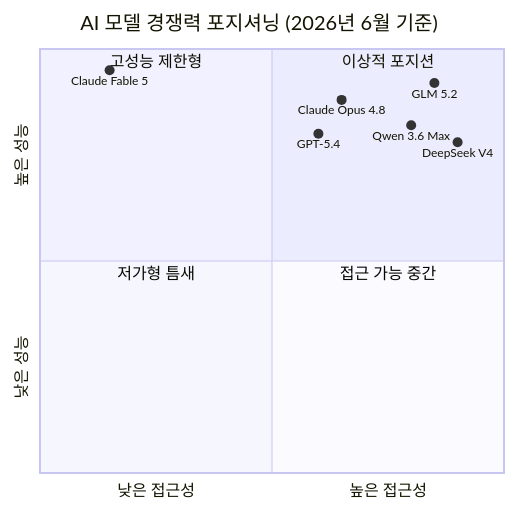
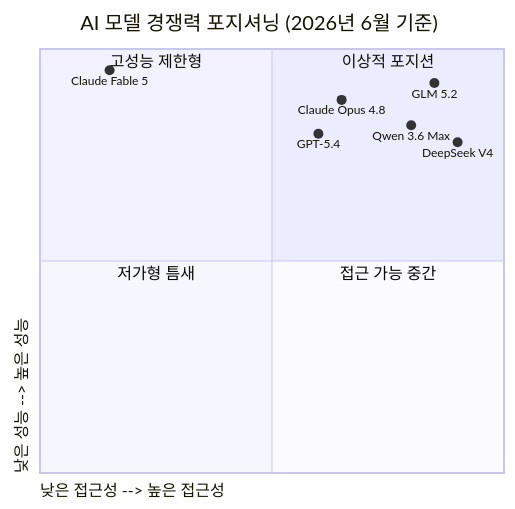
Before and after one commit to k82022603/k82022603.github.io: the sixth of 7 diagrams in _posts/2026-06-15-수출-통제로는-막을-수-없다:-glm-5.2의-등장과-ai-패권-전쟁의-새로운-국면.md, drawn with Mermaid. The commit also changed other lines of this file and 1 other file, not shown here.

Commit message:
auto: sync wiki to blog [2026-06-15 16:28:50]

````diff
--- a/_posts/2026-06-15-수출-통제로는-막을-수-없다:-glm-5.2의-등장과-ai-패권-전쟁의-새로운-국면.md
+++ b/_posts/2026-06-15-수출-통제로는-막을-수-없다:-glm-5.2의-등장과-ai-패권-전쟁의-새로운-국면.md
@@ -233,16 +234,16 @@
 ```mermaid
 quadrantChart
     title AI 모델 경쟁력 포지셔닝 (2026년 6월 기준)
-    x-axis 낮은 접근성 --> 높은 접근성
-    y-axis 낮은 성능 --> 높은 성능
-    quadrant-1 이상적 포지션
-    quadrant-2 고성능 제한형
-    quadrant-3 저가형 틈새
-    quadrant-4 접근 가능 중간
-    GLM 5.2: [0.85, 0.92]
-    Claude Fable 5: [0.15, 0.95]
-    Claude Opus 4.8: [0.65, 0.88]
-    Qwen 3.6 Max: [0.80, 0.82]
-    GPT-5.4: [0.60, 0.80]
-    DeepSeek V4: [0.90, 0.78]
+    x-axis "낮은 접근성 --> 높은 접근성"
+    y-axis "낮은 성능 --> 높은 성능"
+    quadrant-1 "이상적 포지션"
+    quadrant-2 "고성능 제한형"
+    quadrant-3 "저가형 틈새"
+    quadrant-4 "접근 가능 중간"
+    "GLM 5.2": [0.85, 0.92]
+    "Claude Fable 5": [0.15, 0.95]
+    "Claude Opus 4.8": [0.65, 0.88]
+    "Qwen 3.6 Max": [0.80, 0.82]
+    "GPT-5.4": [0.60, 0.80]
+    "DeepSeek V4": [0.90, 0.78]
 ```
````
